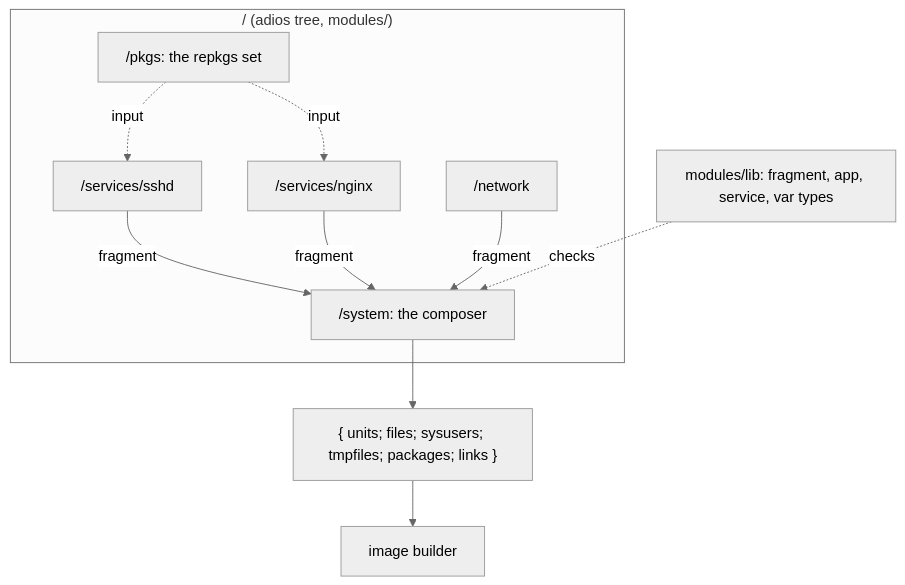
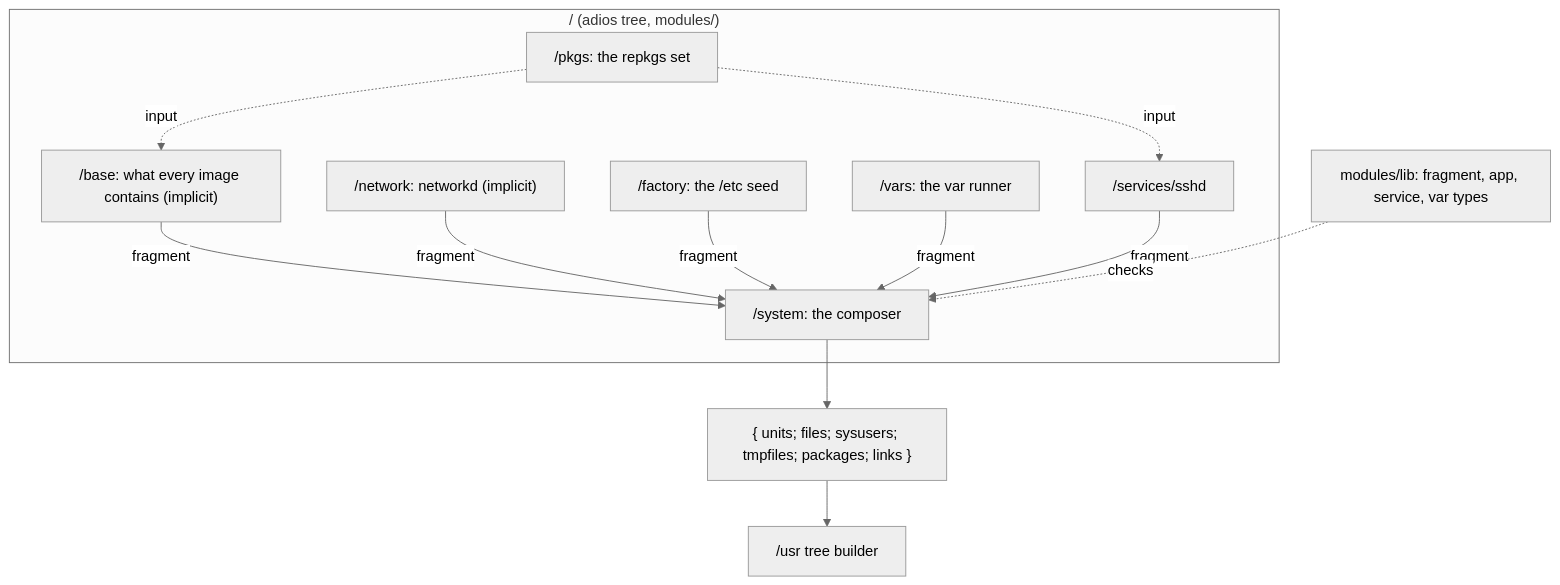
Before and after one commit to slophaer/golconda: the diagram in docs/design/modules.md, drawn with Mermaid (neutral theme). The commit also changed other lines of this file and 18 other files, not shown here.

````diff
--- a/docs/design/modules.md
+++ b/docs/design/modules.md
@@ -7,18 +9,22 @@
 ```mermaid
 flowchart TD
   subgraph tree["/ (adios tree, modules/)"]
     pkgs["/pkgs: the repkgs set"]
+    base["/base: what every image contains (implicit)"]
+    net["/network: networkd (implicit)"]
+    factory["/factory: the /etc seed"]
+    vars["/vars: the var runner"]
+    sshd["/services/sshd"]
     system["/system: the composer"]
-    svc1["/services/sshd"]
-    svc2["/services/nginx"]
-    net["/network"]
   end
-  pkgs -.->|input| svc1
-  pkgs -.->|input| svc2
-  svc1 -->|fragment| system
-  svc2 -->|fragment| system
+  pkgs -.->|input| base
+  pkgs -.->|input| sshd
+  base -->|fragment| system
   net -->|fragment| system
+  factory -->|fragment| system
+  vars -->|fragment| system
+  sshd -->|fragment| system
   lib["modules/lib: fragment, app, service, var types"] -.->|checks| system
   system --> out["{ units; files; sysusers; tmpfiles; packages; links }"]
-  out --> image[image builder]
+  out --> usr["/usr tree builder"]
 ```
````
